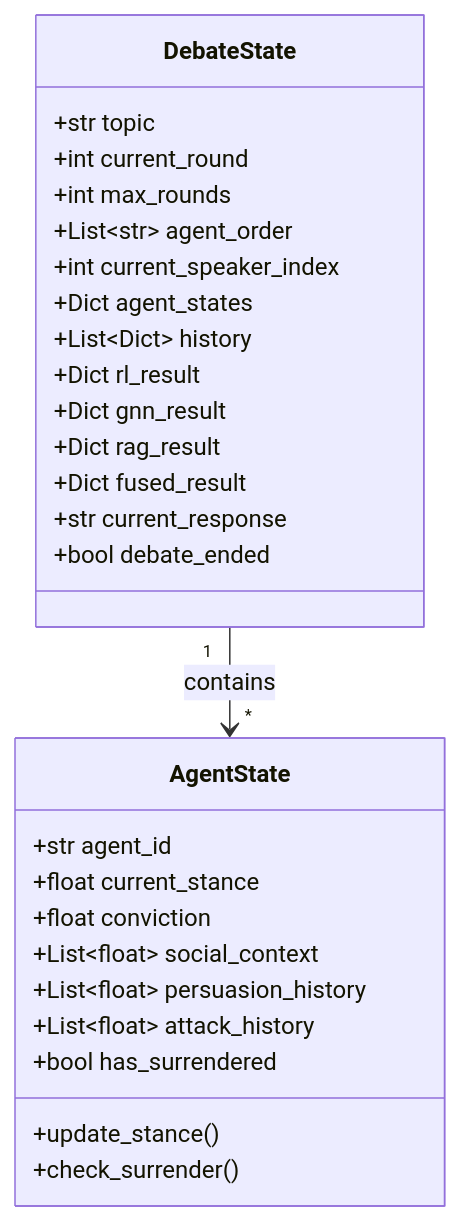
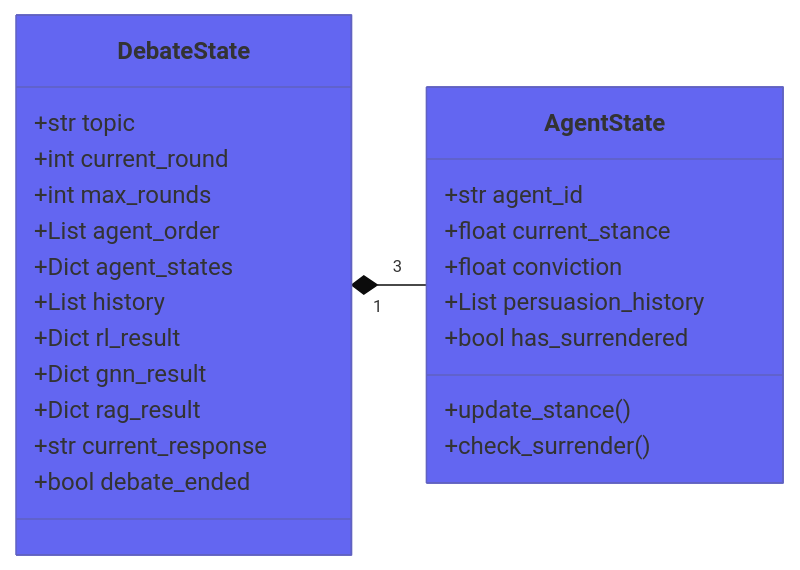
The third of 7 diagrams in README.md (AluminumShark/Social-Debate-AI), drawn with Mermaid before and after one commit. The commit also changed other lines of this file, not shown here.

First line of the commit message:
style(docs): improve Mermaid diagrams with brighter colors and cleaner layout

````diff
--- a/README.md
+++ b/README.md
@@ -120,32 +133,30 @@
 ```mermaid
+%%{init: {'theme': 'base', 'themeVariables': { 'primaryColor': '#6366f1'}}}%%
 classDiagram
+    direction LR
     class DebateState {
         +str topic
         +int current_round
         +int max_rounds
-        +List~str~ agent_order
-        +int current_speaker_index
+        +List agent_order
         +Dict agent_states
-        +List~Dict~ history
+        +List history
         +Dict rl_result
         +Dict gnn_result
         +Dict rag_result
-        +Dict fused_result
         +str current_response
         +bool debate_ended
     }
 
     class AgentState {
         +str agent_id
         +float current_stance
         +float conviction
-        +List~float~ social_context
-        +List~float~ persuasion_history
-        +List~float~ attack_history
+        +List persuasion_history
         +bool has_surrendered
         +update_stance()
         +check_surrender()
     }
 
-    DebateState "1" --> "*" AgentState : contains
+    DebateState "1" *-- "3" AgentState
 ```
````
